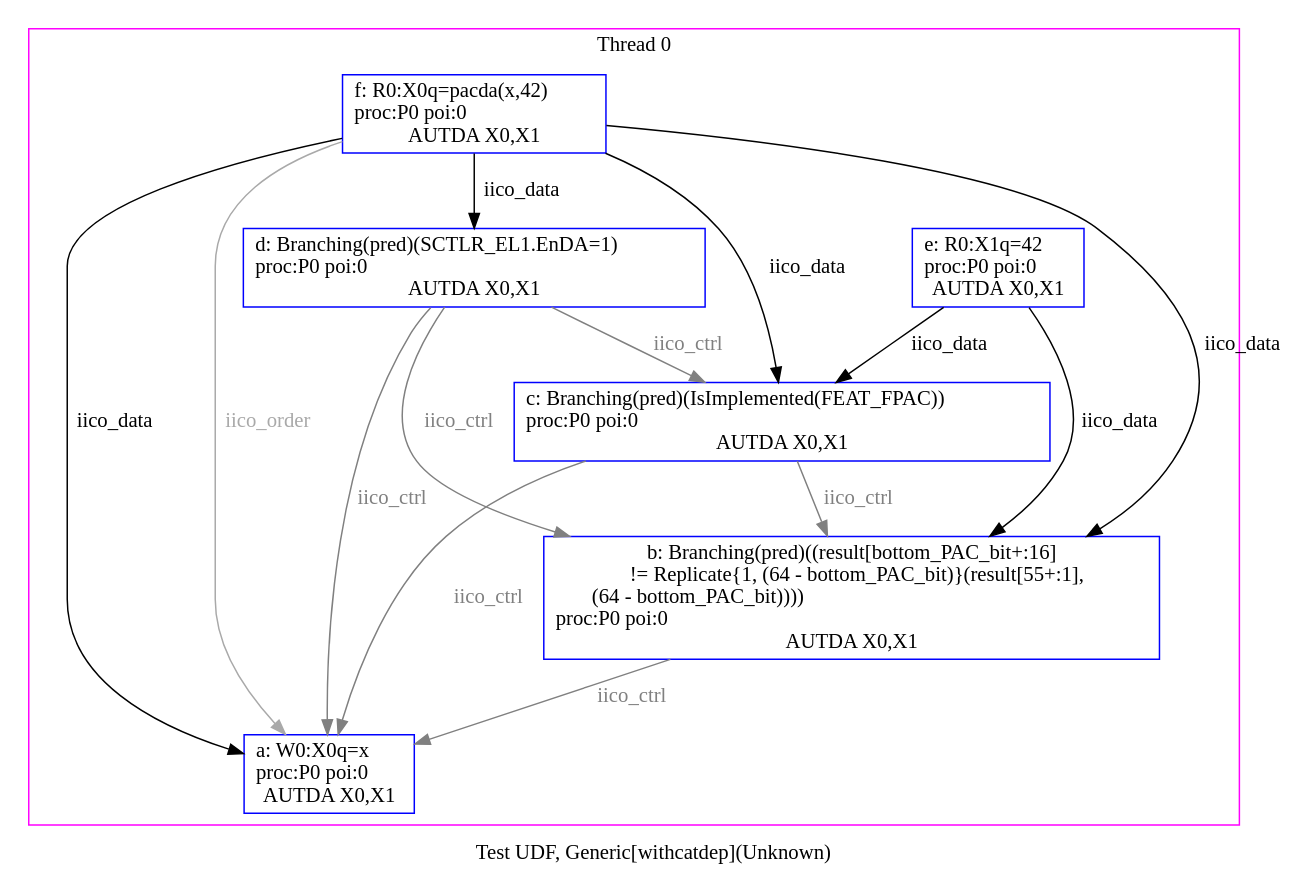
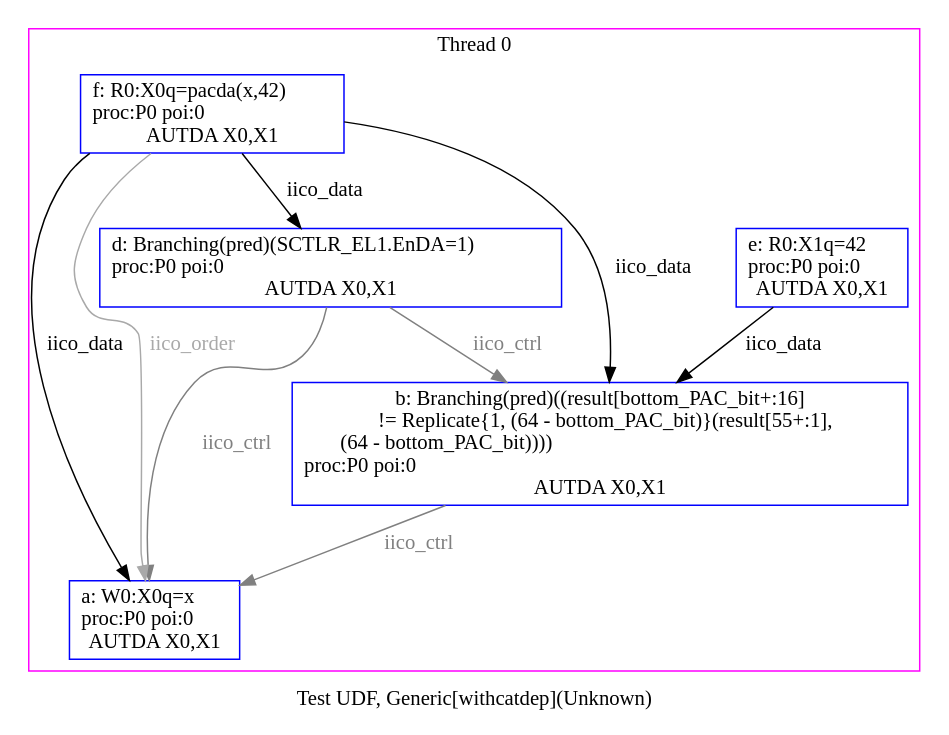
The diagram in pac_tests/notes/fpac_with_result_eq_target_success.dot (herd/herdtools7), drawn with Graphviz before and after one commit. The commit also changed 1 other file, not shown here.

```diff
--- a/pac_tests/notes/fpac_with_result_eq_target_success.dot
+++ b/pac_tests/notes/fpac_with_result_eq_target_success.dot
@@ -1,37 +1,31 @@
 digraph G {
 
 
 /* legend */
 label="Test UDF, Generic[withcatdep](Unknown)";
 
 
 /* the unlocked events */
 subgraph cluster_proc0 { rank=sink; label = "Thread 0"; color=magenta; shape=box;
 eiid0 [label="a: W0:X0q=x\lproc:P0 poi:0\lAUTDA X0,X1", shape="box", color="blue"];
 eiid1 [label="b: Branching(pred)((result[bottom_PAC_bit+:16]
    != Replicate{1, (64 - bottom_PAC_bit)}(result[55+:1],
         (64 - bottom_PAC_bit))))\lproc:P0 poi:0\lAUTDA X0,X1", shape="box", color="blue"];
-eiid2 [label="c: Branching(pred)(IsImplemented(FEAT_FPAC))\lproc:P0 poi:0\lAUTDA X0,X1", shape="box", color="blue"];
 eiid3 [label="d: Branching(pred)(SCTLR_EL1.EnDA=1)\lproc:P0 poi:0\lAUTDA X0,X1", shape="box", color="blue"];
 eiid4 [label="e: R0:X1q=42\lproc:P0 poi:0\lAUTDA X0,X1", shape="box", color="blue"];
 eiid5 [label="f: R0:X0q=pacda(x,42)\lproc:P0 poi:0\lAUTDA X0,X1", shape="box", color="blue"];
 }
 
 /* the intra_causality_data edges */
 
 eiid4 -> eiid1 [label="iico_data", color="black", fontcolor="black"];
-eiid4 -> eiid2 [label="iico_data", color="black", fontcolor="black"];
 eiid5 -> eiid0 [label="iico_data", color="black", fontcolor="black"];
 eiid5 -> eiid1 [label="iico_data", color="black", fontcolor="black"];
-eiid5 -> eiid2 [label="iico_data", color="black", fontcolor="black"];
 eiid5 -> eiid3 [label="iico_data", color="black", fontcolor="black"];
 
 /* the intra_causality_control edges */
 eiid1 -> eiid0 [label="iico_ctrl", color="grey", fontcolor="grey"];
-eiid2 -> eiid0 [label="iico_ctrl", color="grey", fontcolor="grey"];
-eiid2 -> eiid1 [label="iico_ctrl", color="grey", fontcolor="grey"];
 eiid3 -> eiid0 [label="iico_ctrl", color="grey", fontcolor="grey"];
 eiid3 -> eiid1 [label="iico_ctrl", color="grey", fontcolor="grey"];
-eiid3 -> eiid2 [label="iico_ctrl", color="grey", fontcolor="grey"];
 eiid5 -> eiid0 [label="iico_order", color="darkgrey", fontcolor="darkgrey"];
 }
```
